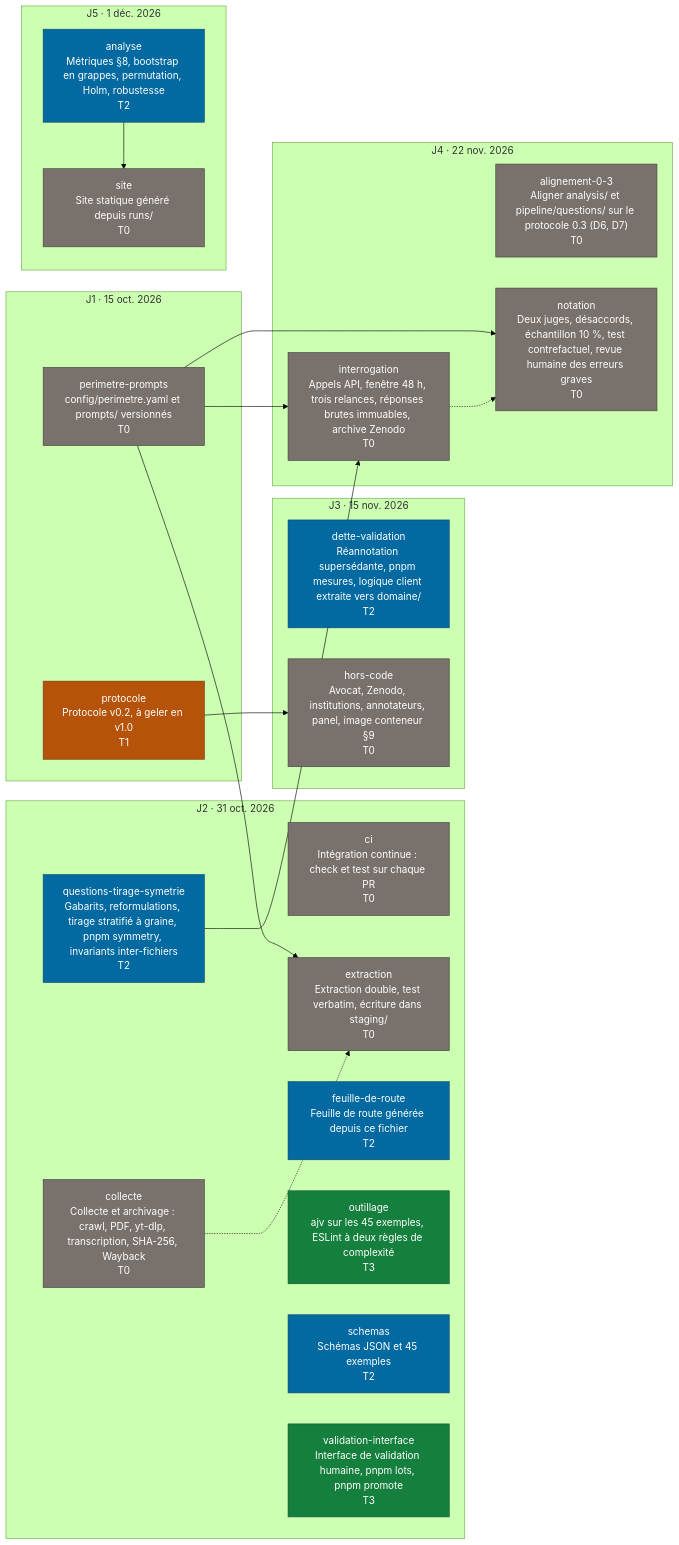
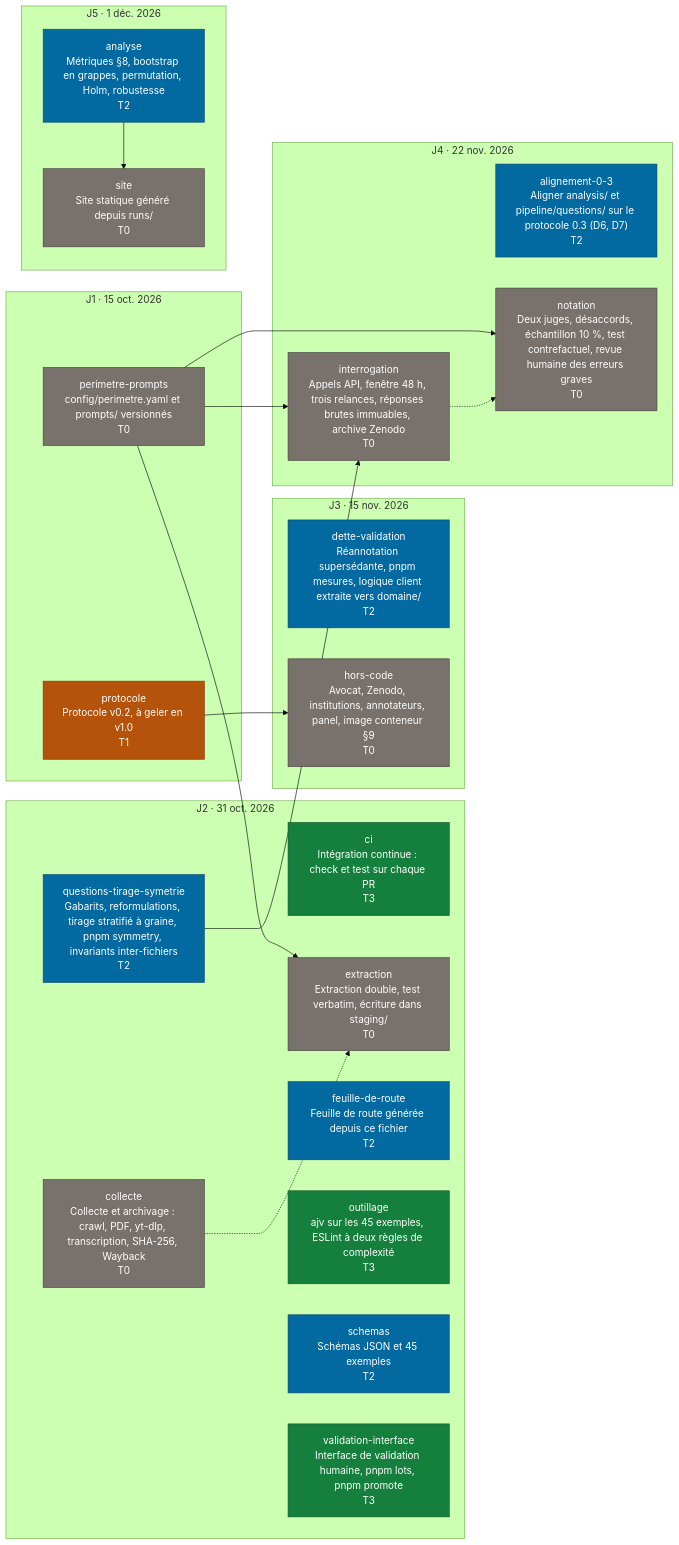
One commit to AzurNow/DEMOCRACIE_2027 changed the diagram in docs/FEUILLE-DE-ROUTE.md. Above: the diagram before and after it, drawn with Mermaid (forest theme). The commit also changed other lines of this file and 4 other files, not shown here.

First line of the commit message:
docs: dette, leçons et feuille de route du lot alignement-0-3

````diff
--- a/docs/FEUILLE-DE-ROUTE.md
+++ b/docs/FEUILLE-DE-ROUTE.md
@@ -47,44 +47,44 @@
 ```mermaid
 flowchart LR
   subgraph jalon_J1["J1 · 15 oct. 2026"]
     lot_perimetre_prompts["perimetre-prompts<br/>config/perimetre.yaml et prompts/ versionnés<br/>T0"]:::T0
     lot_protocole["protocole<br/>Protocole v0.2, à geler en v1.0<br/>T1"]:::T1
   end
   subgraph jalon_J2["J2 · 31 oct. 2026"]
-    lot_ci["ci<br/>Intégration continue : check et test sur chaque PR<br/>T0"]:::T0
+    lot_ci["ci<br/>Intégration continue : check et test sur chaque PR<br/>T3"]:::T3
     lot_collecte["collecte<br/>Collecte et archivage : crawl, PDF, yt-dlp, transcription, SHA-256, Wayback<br/>T0"]:::T0
     lot_extraction["extraction<br/>Extraction double, test verbatim, écriture dans staging/<br/>T0"]:::T0
     lot_feuille_de_route["feuille-de-route<br/>Feuille de route générée depuis ce fichier<br/>T2"]:::T2
     lot_outillage["outillage<br/>ajv sur les 45 exemples, ESLint à deux règles de complexité<br/>T3"]:::T3
     lot_questions_tirage_symetrie["questions-tirage-symetrie<br/>Gabarits, reformulations, tirage stratifié à graine, pnpm symmetry, invariants inter-fichiers<br/>T2"]:::T2
     lot_schemas["schemas<br/>Schémas JSON et 45 exemples<br/>T2"]:::T2
     lot_validation_interface["validation-interface<br/>Interface de validation humaine, pnpm lots, pnpm promote<br/>T3"]:::T3
   end
   subgraph jalon_J3["J3 · 15 nov. 2026"]
     lot_dette_validation["dette-validation<br/>Réannotation supersédante, pnpm mesures, logique client extraite vers domaine/<br/>T2"]:::T2
     lot_hors_code["hors-code<br/>Avocat, Zenodo, institutions, annotateurs, panel, image conteneur §9<br/>T0"]:::T0
   end
   subgraph jalon_J4["J4 · 22 nov. 2026"]
-    lot_alignement_0_3["alignement-0-3<br/>Aligner analysis/ et pipeline/questions/ sur le protocole 0.3 (D6, D7)<br/>T0"]:::T0
+    lot_alignement_0_3["alignement-0-3<br/>Aligner analysis/ et pipeline/questions/ sur le protocole 0.3 (D6, D7)<br/>T2"]:::T2
     lot_interrogation["interrogation<br/>Appels API, fenêtre 48 h, trois relances, réponses brutes immuables, archive Zenodo<br/>T0"]:::T0
     lot_notation["notation<br/>Deux juges, désaccords, échantillon 10 %, test contrefactuel, revue humaine des erreurs graves<br/>T0"]:::T0
   end
   subgraph jalon_J5["J5 · 1 déc. 2026"]
     lot_analyse["analyse<br/>Métriques §8, bootstrap en grappes, permutation, Holm, robustesse<br/>T2"]:::T2
     lot_site["site<br/>Site statique généré depuis runs/<br/>T0"]:::T0
   end
   lot_collecte -.-> lot_extraction
   lot_perimetre_prompts --> lot_extraction
   lot_protocole --> lot_hors_code
   lot_perimetre_prompts --> lot_interrogation
   lot_questions_tirage_symetrie --> lot_interrogation
   lot_interrogation -.-> lot_notation
   lot_perimetre_prompts --> lot_notation
   lot_analyse --> lot_site
   classDef T0 fill:#78716c,color:#ffffff,stroke:#44403c
   classDef T1 fill:#b45309,color:#ffffff,stroke:#78350f
   classDef T2 fill:#0369a1,color:#ffffff,stroke:#0c4a6e
   classDef T3 fill:#15803d,color:#ffffff,stroke:#14532d
   classDef T4 fill:#1d4ed8,color:#ffffff,stroke:#1e3a8a
   classDef decision fill:#b91c1c,color:#ffffff,stroke:#7f1d1d
 ```
````
